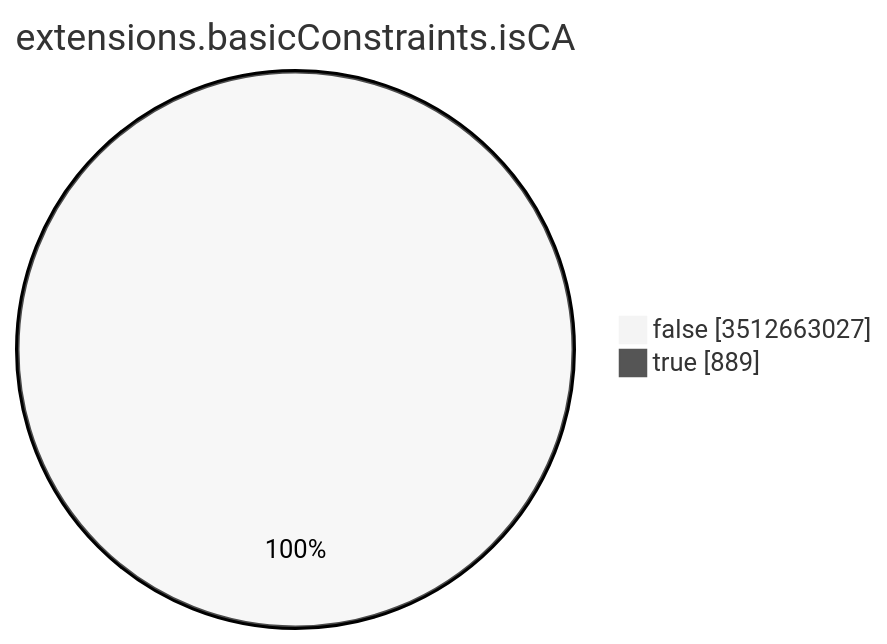
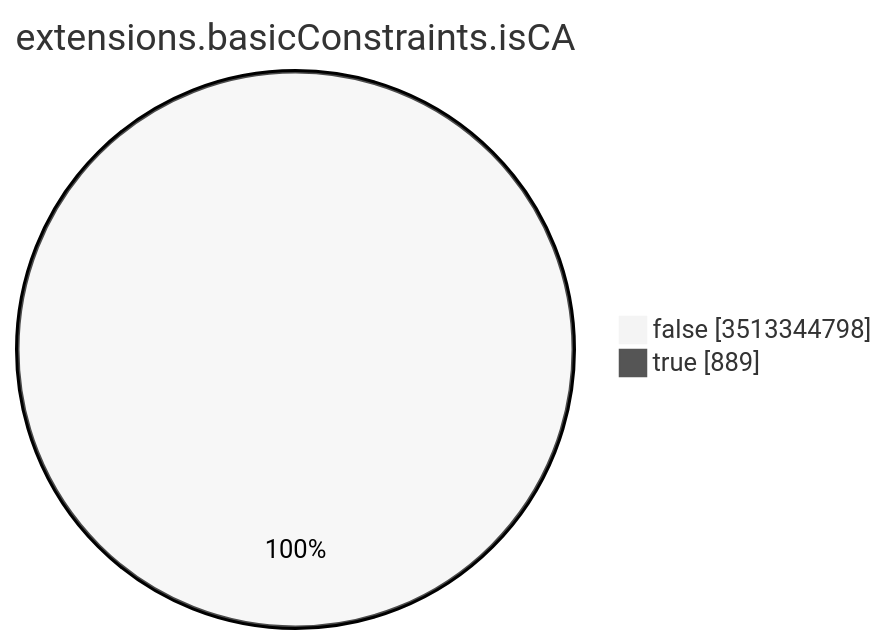
Before and after one commit to christiankrug/ctmonitor_visualization: the seventh of 15 diagrams in TOTAL/README.md, drawn with Mermaid (neutral theme). The commit also changed other lines of this file, not shown here.

````diff
--- a/TOTAL/README.md
+++ b/TOTAL/README.md
@@ -3094,6 +3094,6 @@
 ```mermaid
 pie showData
 title extensions.basicConstraints.isCA
-"false" :3512663027
+"false" :3513344798
 "true" :889
 ```
````
